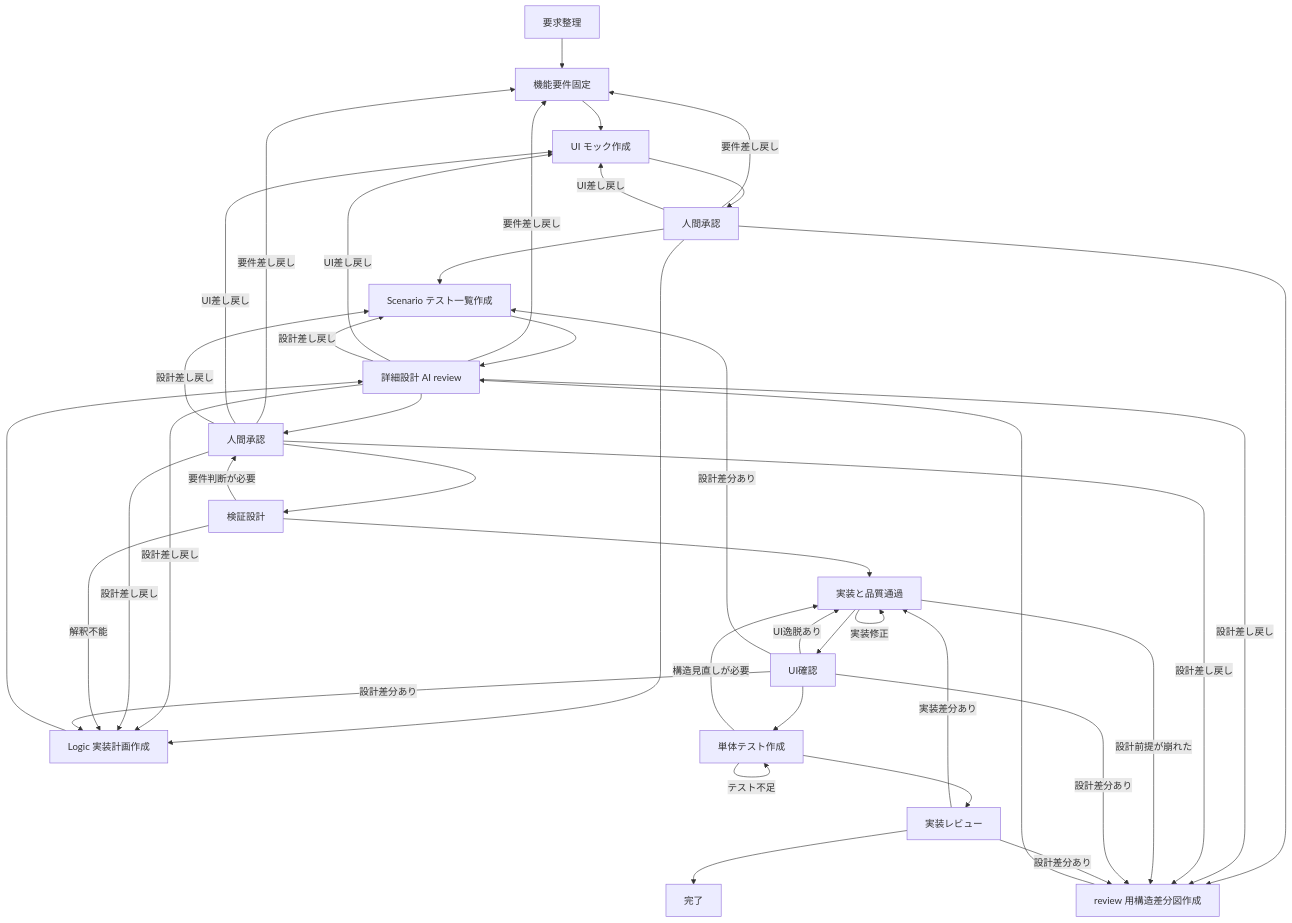
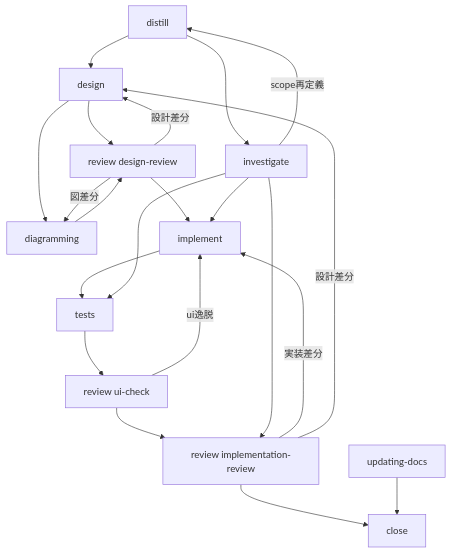
One commit to ishibata91/AITranslationEngineJP changed the diagram in .codex/workflow.md. Above: the diagram before and after it, drawn with Mermaid. The commit also changed other lines of this file and 262 other files, not shown here.

````diff
--- a/.codex/workflow.md
+++ b/.codex/workflow.md
@@ -6,49 +6,28 @@
 ```mermaid
 flowchart TD
-    A[要求整理]
-    A1[機能要件固定]
-    A2[UI モック作成]
-    A3[人間承認]
-    B1[Scenario テスト一覧作成]
-    B2[Logic 実装計画作成]
-    B3[review 用構造差分図作成]
-    C[詳細設計 AI review]
-    D[人間承認]
-    F[検証設計]
-    G[実装と品質通過]
-    H[UI確認]
-    I[単体テスト作成]
-    J[実装レビュー]
-    K[完了]
+    A[distill]
+    B[design]
+    C[diagramming]
+    D[implement]
+    E[tests]
+    F[review design-review]
+    G[review ui-check]
+    H[review implementation-review]
+    I[investigate]
+    K[updating-docs]
+    J[close]
 
-    A --> A1 --> A2 --> A3
-    A3 --> B1 --> C
-    A3 --> B2 --> C
-    A3 --> B3 --> C
-    C --> D --> F --> G --> H --> I --> J --> K
-
-    A3 -- 要件差し戻し --> A1
-    A3 -- UI差し戻し --> A2
-    C -- 要件差し戻し --> A1
-    C -- UI差し戻し --> A2
-    C -- 設計差し戻し --> B1
-    C -- 設計差し戻し --> B2
-    C -- 設計差し戻し --> B3
-    D -- 要件差し戻し --> A1
-    D -- UI差し戻し --> A2
-    D -- 設計差し戻し --> B1
-    D -- 設計差し戻し --> B2
-    D -- 設計差し戻し --> B3
-    F -- 解釈不能 --> B2
-    F -- 要件判断が必要 --> D
-    G -- 実装修正 --> G
-    G -- 設計前提が崩れた --> B3
-    H -- UI逸脱あり --> G
-    H -- 設計差分あり --> B1
-    H -- 設計差分あり --> B2
-    H -- 設計差分あり --> B3
-    I -- テスト不足 --> I
-    I -- 構造見直しが必要 --> G
-    J -- 実装差分あり --> G
-    J -- 設計差分あり --> B3
+    A --> B --> F
+    B --> C --> F
+    F --> D --> E --> G --> H --> J
+    A --> I --> D
+    I --> E
+    I --> H
+    G -- ui逸脱 --> D
+    H -- 実装差分 --> D
+    H -- 設計差分 --> B
+    F -- 設計差分 --> B
+    F -- 図差分 --> C
+    I -- scope再定義 --> A
+    K --> J
 ```
````
